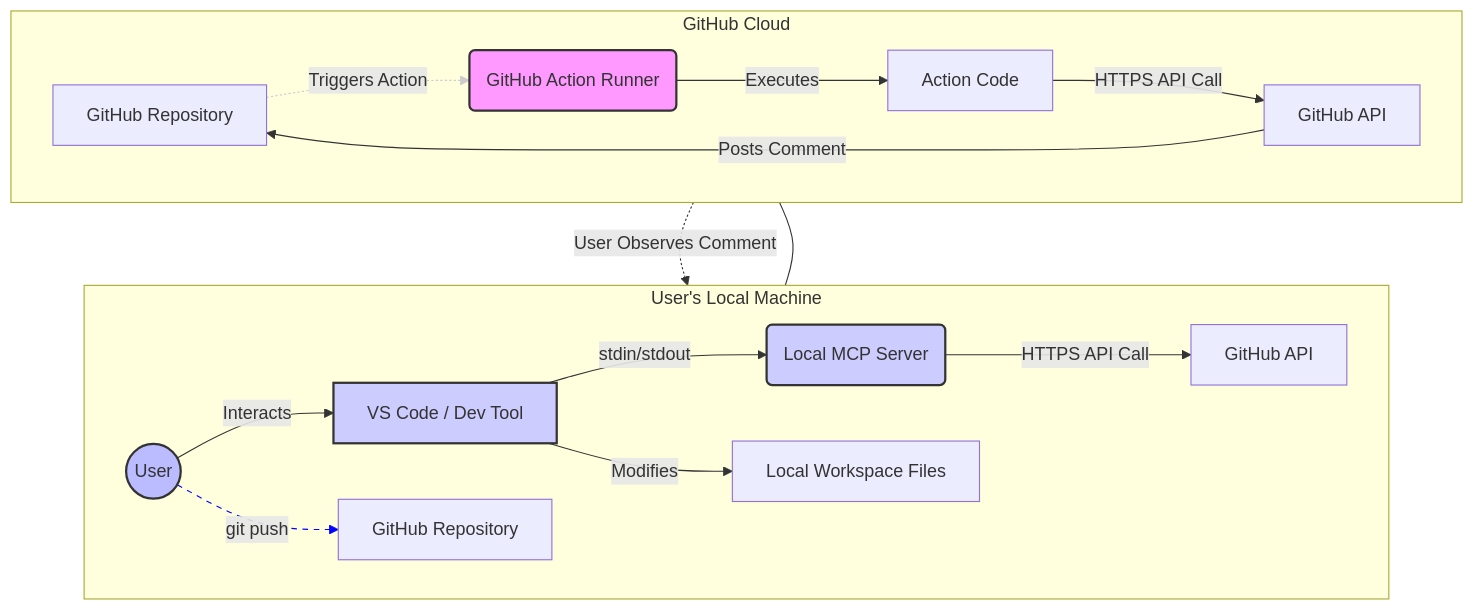
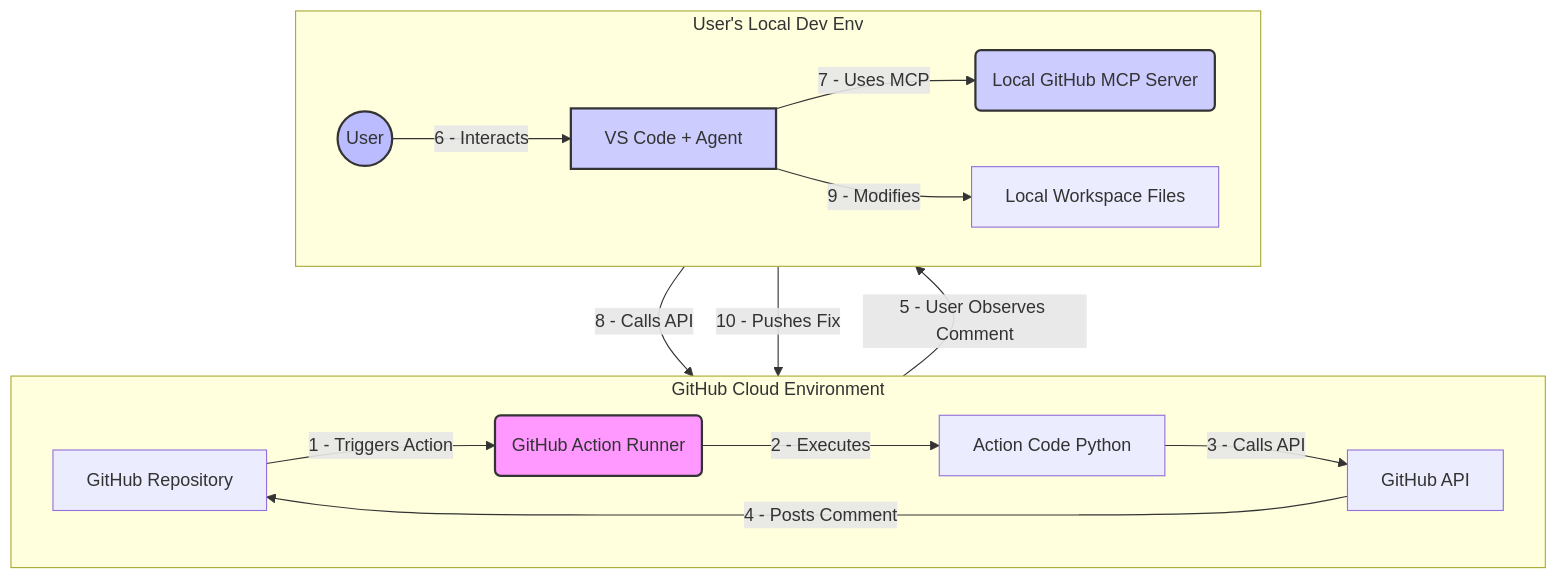
The diagram in architecture.md (kevinjcwu/pr-intent-checker), drawn with Mermaid before and after one commit. The commit also changed other lines of this file, not shown here.

Commit message:
documentation

````diff
--- a/architecture.md
+++ b/architecture.md
@@ -1,40 +1,28 @@
 ```mermaid
+
 graph TD
-    subgraph User's Local Machine
+    subgraph "GitHub Cloud Environment"
         direction LR
-        User((User)) -- Interacts --> DevTool[VS Code / Dev Tool];
-        DevTool -- stdin/stdout --> MCPServer(Local MCP Server);
-        MCPServer -- HTTPS API Call --> GHApi2[GitHub API];
-        %% MCP also calls API
-        DevTool -- Modifies --> LocalFiles[Local Workspace Files];
-        User -- git push --> GHRepo2[GitHub Repository];
-        %% User pushes fix
+        A_GHRepo[GitHub Repository] -- "1 - Triggers Action" --> B_Runner(GitHub Action Runner)
+        B_Runner -- "2 - Executes" --> C_ActionCode[Action Code Python]
+        %% Label simplified
+        C_ActionCode -- "3 - Calls API" --> D_GHApi[GitHub API]
+        D_GHApi -- "4 - Posts Comment" --> A_GHRepo
     end
 
-    subgraph GitHub Cloud
+    subgraph "User's Local Dev Env"
         direction LR
-        GHRepo[GitHub Repository] -- Triggers Action --> Runner(GitHub Action Runner);
-        Runner -- Executes --> ActionCode[Action Code];
-        ActionCode -- HTTPS API Call --> GHApi[GitHub API];
-        GHApi -- Posts Comment --> GHRepo;
-        %% Action posts result
+        E_User((User)) -- "6 - Interacts" --> F_DevTool[VS Code + Agent]
+        F_DevTool -- "7 - Uses MCP" --> G_MCPServer(Local GitHub MCP Server)
+        G_MCPServer -- "8 - Calls API" --> D_GHApi
+        F_DevTool -- "9 - Modifies" --> H_LocalFiles[Local Workspace Files]
+        E_User -- "10 - Pushes Fix" --> A_GHRepo
     end
 
-    %% Link showing User observes the comment (indirect link)
-    GHRepo -.-> |User Observes Comment| User;
-    linkStyle 4 stroke:blue,stroke-dasharray: 5 5;
-    %% Note: Indices might need checking due to added lines
+    A_GHRepo -- "5 - User Observes Comment" --> E_User
 
-    %% Styling
-    style Runner fill:#f9f,stroke:#333,stroke-width:2px
-    style MCPServer fill:#ccf,stroke:#333,stroke-width:2px
-    style DevTool fill:#ccf,stroke:#333,stroke-width:2px
-    style User fill:#bbf,stroke:#333,stroke-width:2px
-
-    %% Make GH API nodes visually distinct if needed, or use same node
-    %% Using same node ID implies it's the same API endpoint system
-    GHApi2 --- GHApi;
-    %% Visually link the API access points if desired
-    linkStyle 5 stroke:#ccc,stroke-dasharray: 2 2;
-    %% Note: Indices might need checking due to added lines
+    style B_Runner fill:#f9f,stroke:#333,stroke-width:2px
+    style G_MCPServer fill:#ccf,stroke:#333,stroke-width:2px
+    style F_DevTool fill:#ccf,stroke:#333,stroke-width:2px
+    style E_User fill:#bbf,stroke:#333,stroke-width:2px
 ```
````
